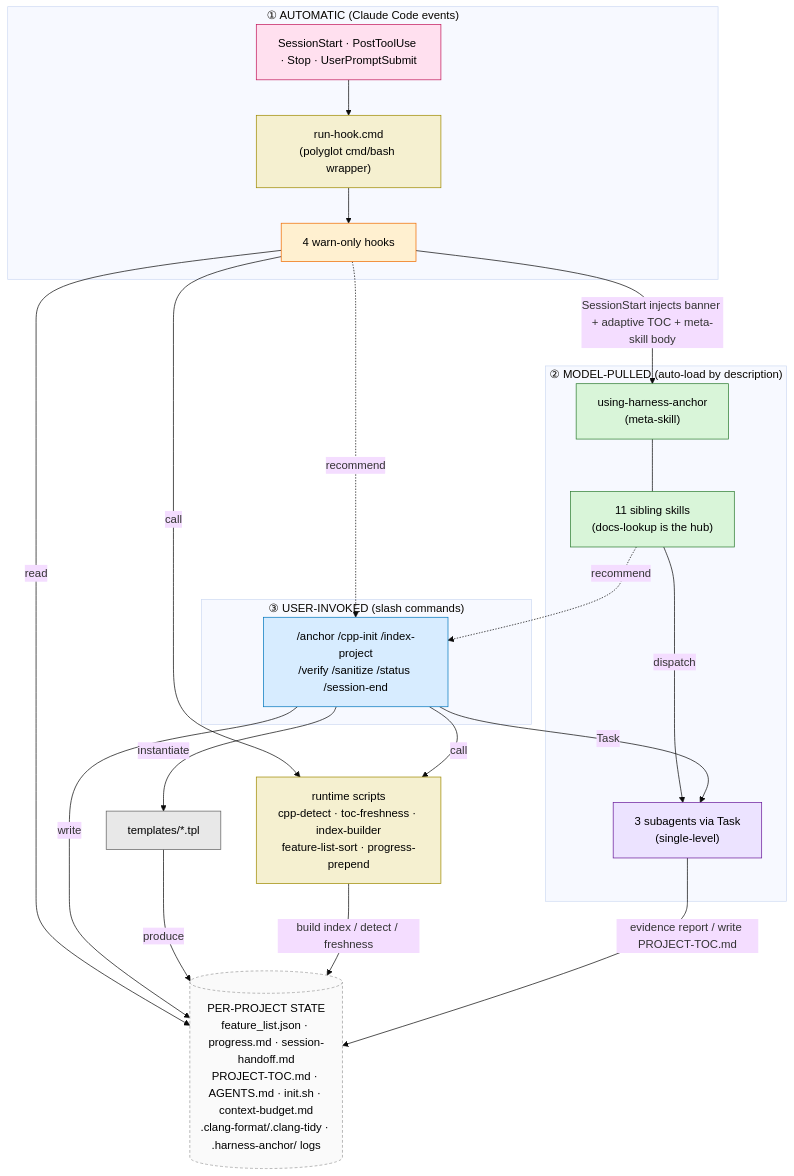
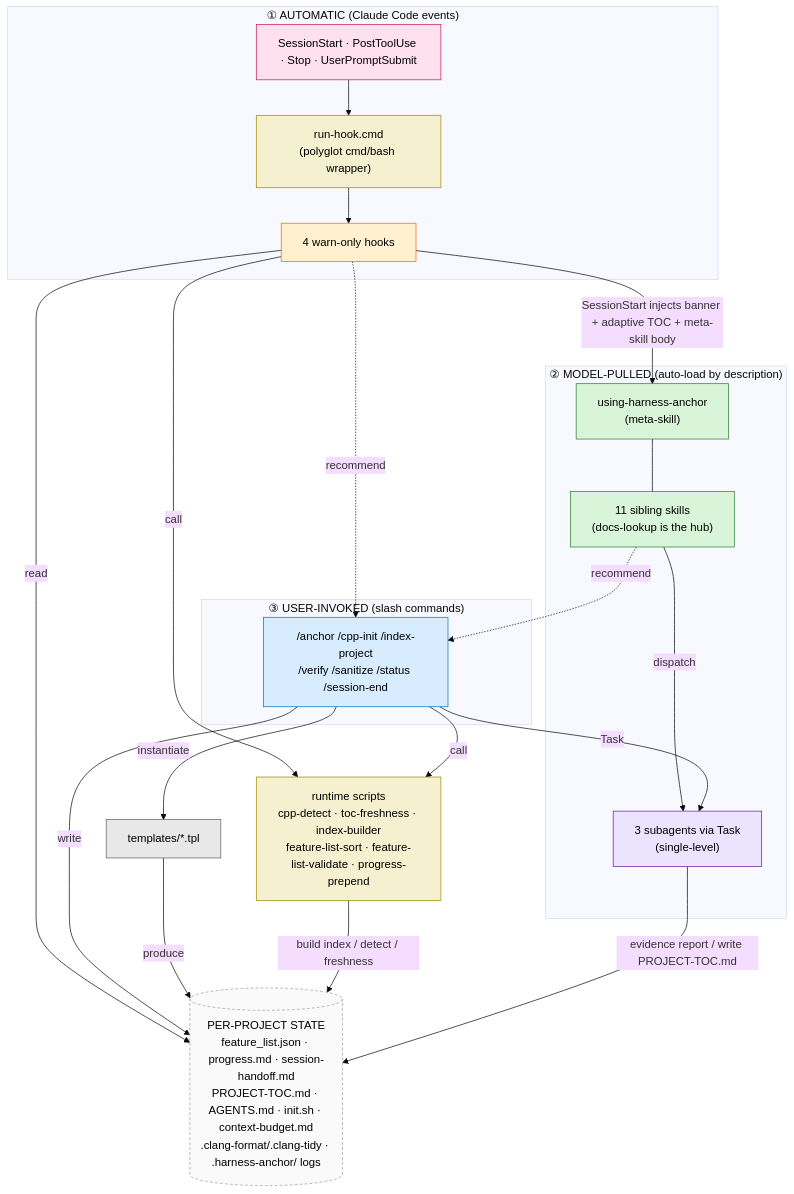
One commit to Redtropig/harness-anchor changed the second of 6 diagrams in docs/architecture.md. Above: the diagram before and after it, drawn with Mermaid (base theme). The commit also changed other lines of this file and 14 other files, not shown here.

````diff
--- a/docs/architecture.md
+++ b/docs/architecture.md
@@ -55,47 +55,47 @@
 ```mermaid
 flowchart TB
   classDef evt fill:#ffe0ef,stroke:#c2185b,color:#000
   classDef hook fill:#fff0d0,stroke:#ef6c00,color:#000
   classDef cmd fill:#d7ecff,stroke:#0277bd,color:#000
   classDef skill fill:#d9f5d9,stroke:#2e7d32,color:#000
   classDef agent fill:#ece3ff,stroke:#6a1b9a,color:#000
   classDef script fill:#f5f0d0,stroke:#9e8a00,color:#000
   classDef tpl fill:#e8e8e8,stroke:#616161,color:#000
   classDef state fill:#fafafa,stroke:#9e9e9e,color:#000,stroke-dasharray:4 3
 
   subgraph AUTO["① AUTOMATIC (Claude Code events)"]
     EV["SessionStart · PostToolUse · Stop · UserPromptSubmit"]:::evt
     RUN["run-hook.cmd<br/>(polyglot cmd/bash wrapper)"]:::script
     HOOKS["4 warn-only hooks"]:::hook
     EV --> RUN --> HOOKS
   end
 
   subgraph PULL["② MODEL-PULLED (auto-load by description)"]
     META["using-harness-anchor<br/>(meta-skill)"]:::skill
     SKILLS["11 sibling skills<br/>(docs-lookup is the hub)"]:::skill
     AGENTS["3 subagents via Task<br/>(single-level)"]:::agent
     META --- SKILLS
     SKILLS -->|"dispatch"| AGENTS
   end
 
   subgraph USER["③ USER-INVOKED (slash commands)"]
     CMDS["/anchor /cpp-init /index-project<br/>/verify /sanitize /status /session-end"]:::cmd
   end
 
-  HELP["runtime scripts<br/>cpp-detect · toc-freshness · index-builder<br/>feature-list-sort · progress-prepend"]:::script
+  HELP["runtime scripts<br/>cpp-detect · toc-freshness · index-builder<br/>feature-list-sort · feature-list-validate · progress-prepend"]:::script
   TPL["templates/*.tpl"]:::tpl
   STATE[("PER-PROJECT STATE<br/>feature_list.json · progress.md · session-handoff.md<br/>PROJECT-TOC.md · AGENTS.md · init.sh · context-budget.md<br/>.clang-format/.clang-tidy · .harness-anchor/ logs")]:::state
 
   HOOKS -->|"read"| STATE
   HOOKS -->|"call"| HELP
   HOOKS -->|"SessionStart injects banner + adaptive TOC + meta-skill body"| META
   HOOKS -.->|"recommend"| CMDS
   SKILLS -.->|"recommend"| CMDS
   CMDS -->|"call"| HELP
   CMDS -->|"Task"| AGENTS
   CMDS -->|"instantiate"| TPL
   CMDS -->|"write"| STATE
   TPL -->|"produce"| STATE
   HELP -->|"build index / detect / freshness"| STATE
   AGENTS -->|"evidence report / write PROJECT-TOC.md"| STATE
 ```
````
